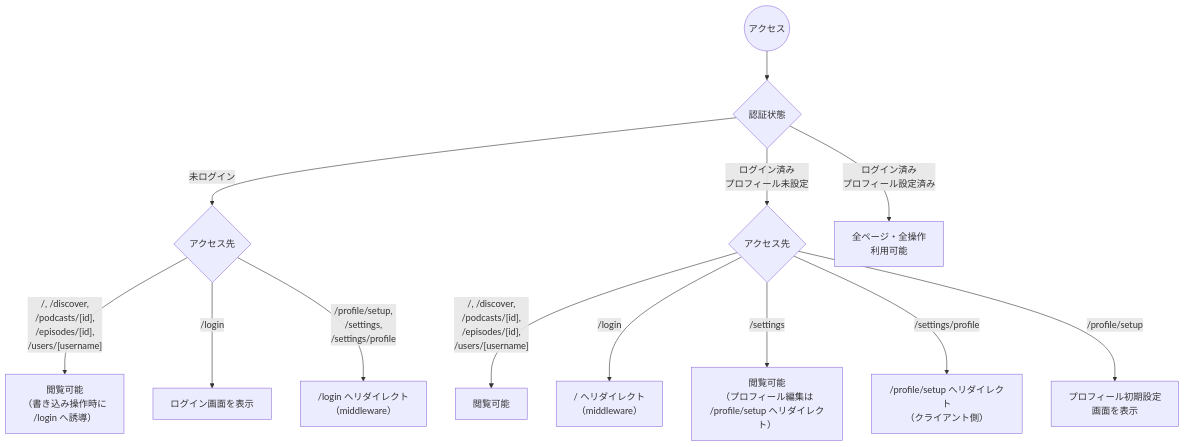
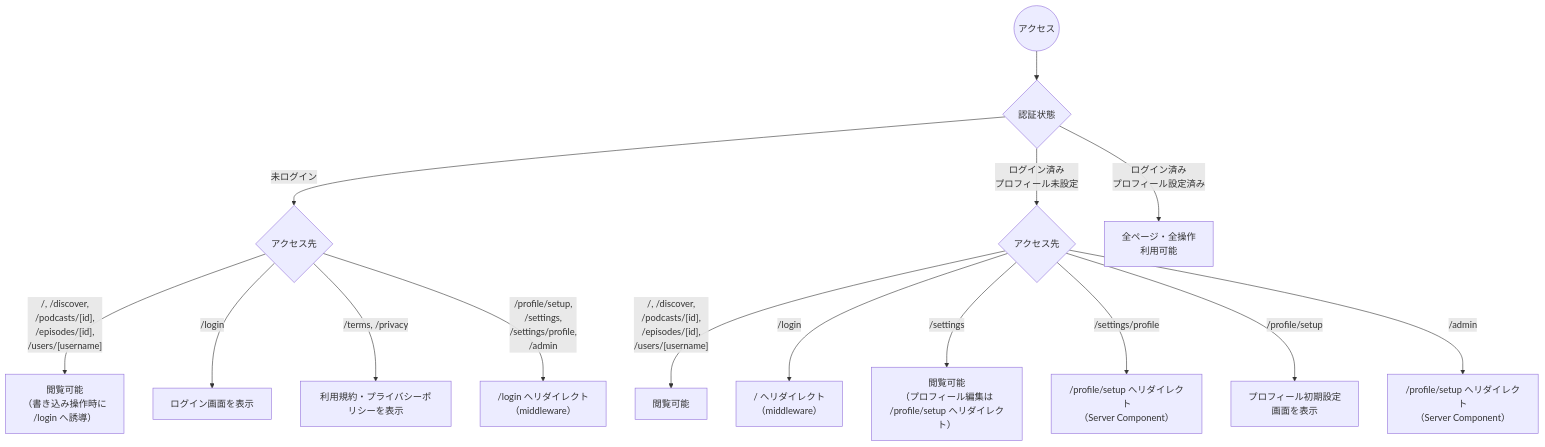
Before and after one commit to Koseeee-27/podlog: the second of 3 diagrams in frontend/docs/screens.md, drawn with Mermaid. The commit also changed other lines of this file, not shown here.

````diff
--- a/frontend/docs/screens.md
+++ b/frontend/docs/screens.md
@@ -139,20 +161,22 @@
 ```mermaid
 flowchart TD
     START((アクセス)) --> CHECK{認証状態}
 
     CHECK -- "未ログイン" --> PUBLIC_CHECK{アクセス先}
     CHECK -- "ログイン済み<br>プロフィール未設定" --> NOPROFILE_CHECK{アクセス先}
     CHECK -- "ログイン済み<br>プロフィール設定済み" --> FULL_ACCESS["全ページ・全操作<br>利用可能"]
 
     %% 未ログイン
     PUBLIC_CHECK -- "/, /discover,<br>/podcasts/[id],<br>/episodes/[id],<br>/users/[username]" --> VIEW_ONLY["閲覧可能<br>（書き込み操作時に<br>/login へ誘導）"]
     PUBLIC_CHECK -- "/login" --> LOGIN_PAGE["ログイン画面を表示"]
-    PUBLIC_CHECK -- "/profile/setup,<br>/settings,<br>/settings/profile" --> REDIRECT_LOGIN["/login へリダイレクト<br>（middleware）"]
+    PUBLIC_CHECK -- "/terms, /privacy" --> LEGAL_PAGE["利用規約・プライバシーポリシーを表示"]
+    PUBLIC_CHECK -- "/profile/setup,<br>/settings,<br>/settings/profile,<br>/admin" --> REDIRECT_LOGIN["/login へリダイレクト<br>（middleware）"]
 
     %% ログイン済み・プロフィール未設定
     NOPROFILE_CHECK -- "/, /discover,<br>/podcasts/[id],<br>/episodes/[id],<br>/users/[username]" --> VIEW_OK["閲覧可能"]
     NOPROFILE_CHECK -- "/login" --> REDIRECT_HOME_MW["/ へリダイレクト<br>（middleware）"]
     NOPROFILE_CHECK -- "/settings" --> VIEW_SETTINGS["閲覧可能<br>（プロフィール編集は<br>/profile/setup へリダイレクト）"]
-    NOPROFILE_CHECK -- "/settings/profile" --> REDIRECT_SETUP_CLIENT["/profile/setup へリダイレクト<br>（クライアント側）"]
+    NOPROFILE_CHECK -- "/settings/profile" --> REDIRECT_SETUP_CLIENT["/profile/setup へリダイレクト<br>（Server Component）"]
     NOPROFILE_CHECK -- "/profile/setup" --> SETUP_PAGE["プロフィール初期設定<br>画面を表示"]
+    NOPROFILE_CHECK -- "/admin" --> REDIRECT_SETUP_ADMIN["/profile/setup へリダイレクト<br>（Server Component）"]
 ```
````
